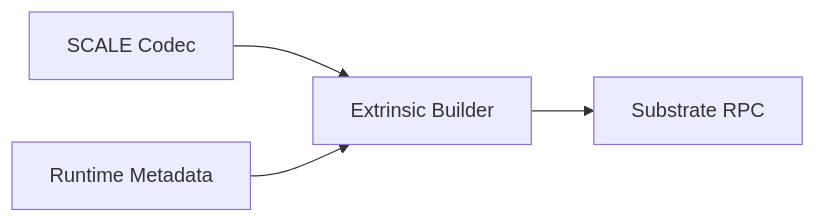
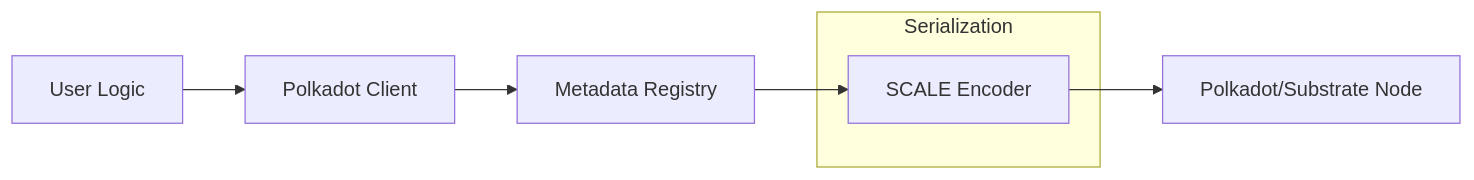
Before and after one commit to ImL1s/dart_web3: the diagram in dart_web3/packages/extensions/polkadot/README.md, drawn with Mermaid. The commit also changed other lines of this file and 31 other files, not shown here.

````diff
--- a/dart_web3/packages/extensions/polkadot/README.md
+++ b/dart_web3/packages/extensions/polkadot/README.md
@@ -14,6 +17,12 @@
 ```mermaid
 graph LR
-    Codec[SCALE Codec] --> Extrinsic[Extrinsic Builder]
-    Metadata[Runtime Metadata] --> Extrinsic
-    Extrinsic --> RPC[Substrate RPC]
+    User[User Logic] --> Substrate[Polkadot Client]
+    Substrate --> Metadata[Metadata Registry]
+    
+    subgraph Codec [Serialization]
+        SCALE[SCALE Encoder]
+    end
+    
+    Metadata --> SCALE
+    SCALE --> Node[Polkadot/Substrate Node]
 ```
````
